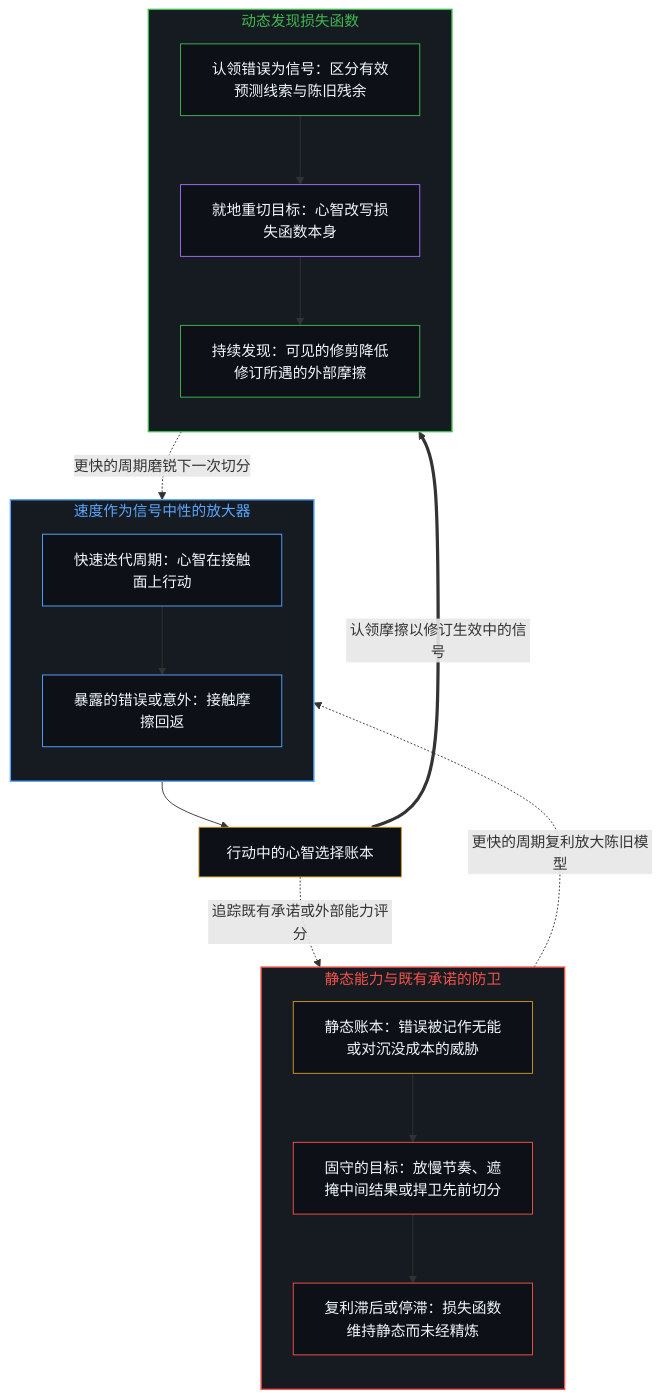
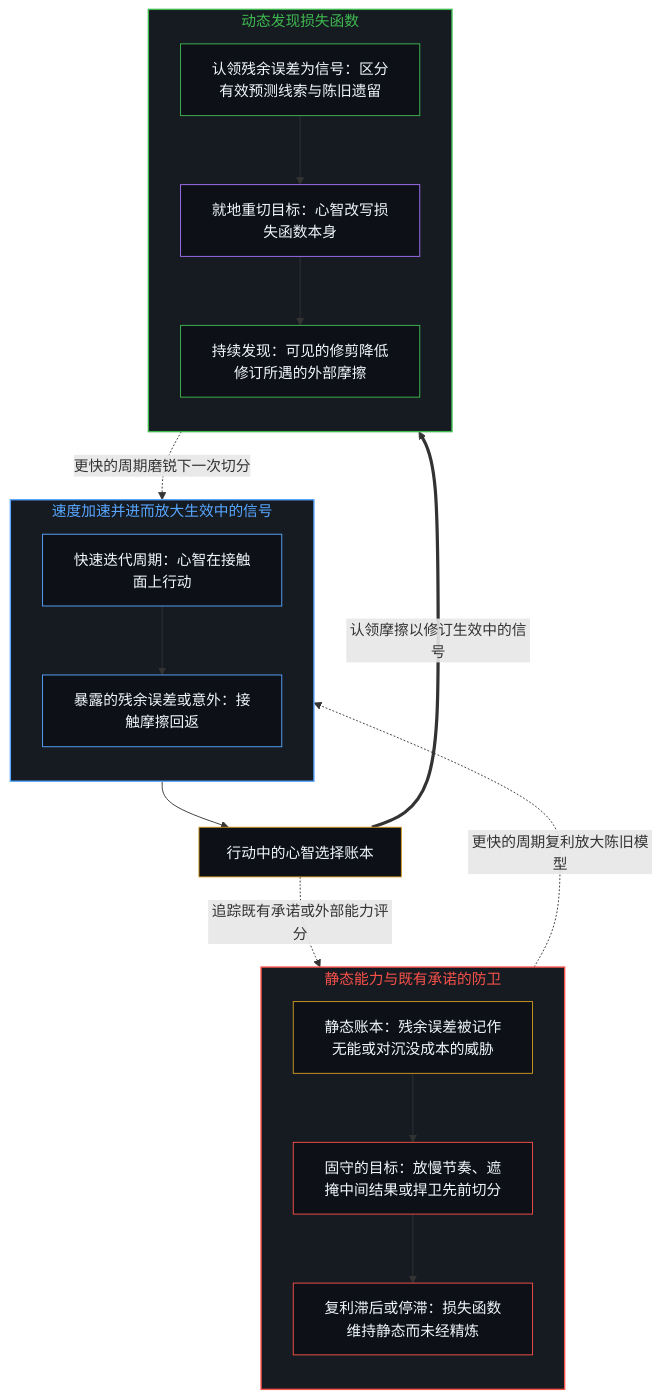
One commit to powerpig99/not-a-toe changed the first of 2 diagrams in content/posts/the-dynamically-discovered-loss-function-and-the-conversion-of-error.md. Above: the diagram before and after it, drawn with Mermaid. The commit also changed other lines of this file and 3 other files, not shown here.

````diff
--- a/content/posts/the-dynamically-discovered-loss-function-and-the-conversion-of-error.md
+++ b/content/posts/the-dynamically-discovered-loss-function-and-the-conversion-of-error.md
@@ -27,41 +27,41 @@
 ```mermaid
 flowchart TD
-    subgraph S_Amp["速度作为信号中性的放大器"]
+    subgraph S_Amp["速度加速并进而放大生效中的信号"]
         direction TB
         A_Act["快速迭代周期：心智在接触面上行动"]
-        A_Err["暴露的错误或意外：接触摩擦回返"]
+        A_Err["暴露的残余误差或意外：接触摩擦回返"]
         A_Act --> A_Err
     end
     M_Fork["行动中的心智选择账本"]
     subgraph S_Def["静态能力与既有承诺的防卫"]
         direction TB
-        D_Inv["静态账本：错误被记作无能或对沉没成本的威胁"]
+        D_Inv["静态账本：残余误差被记作无能或对沉没成本的威胁"]
         D_Hold["固守的目标：放慢节奏、遮掩中间结果或捍卫先前切分"]
         D_Stall["复利滞后或停滞：损失函数维持静态而未经精炼"]
         D_Inv --> D_Hold --> D_Stall
     end
     subgraph S_Dyn["动态发现损失函数"]
         direction TB
-        L_Claim["认领错误为信号：区分有效预测线索与陈旧残余"]
+        L_Claim["认领残余误差为信号：区分有效预测线索与陈旧遗留"]
         L_Recut["就地重切目标：心智改写损失函数本身"]
         L_Cont["持续发现：可见的修剪降低修订所遇的外部摩擦"]
         L_Claim --> L_Recut --> L_Cont
     end
     A_Err --> M_Fork
     M_Fork -.->|"追踪既有承诺或外部能力评分"| D_Inv
     M_Fork ==>|"认领摩擦以修订生效中的信号"| L_Claim
     L_Cont -.->|"更快的周期磨锐下一次切分"| A_Act
     D_Stall -.->|"更快的周期复利放大陈旧模型"| A_Act
     style S_Amp fill:#161b22,stroke:#58a6ff,stroke-width:1.5px,color:#58a6ff
     style S_Def fill:#161b22,stroke:#f85149,stroke-width:1.5px,color:#f85149
     style S_Dyn fill:#161b22,stroke:#3fb950,stroke-width:1.5px,color:#3fb950
     style A_Act fill:#0d1117,stroke:#58a6ff,stroke-width:1px,color:#f0f6fc
     style A_Err fill:#0d1117,stroke:#58a6ff,stroke-width:1px,color:#f0f6fc
     style M_Fork fill:#0d1117,stroke:#d29922,stroke-width:1px,color:#f0f6fc
     style D_Inv fill:#0d1117,stroke:#d29922,stroke-width:1px,color:#f0f6fc
     style D_Hold fill:#0d1117,stroke:#f85149,stroke-width:1px,color:#f0f6fc
     style D_Stall fill:#0d1117,stroke:#f85149,stroke-width:1px,color:#f0f6fc
     style L_Claim fill:#0d1117,stroke:#3fb950,stroke-width:1px,color:#f0f6fc
     style L_Recut fill:#0d1117,stroke:#a371f7,stroke-width:1px,color:#f0f6fc
     style L_Cont fill:#0d1117,stroke:#3fb950,stroke-width:1px,color:#f0f6fc
 ```
````
